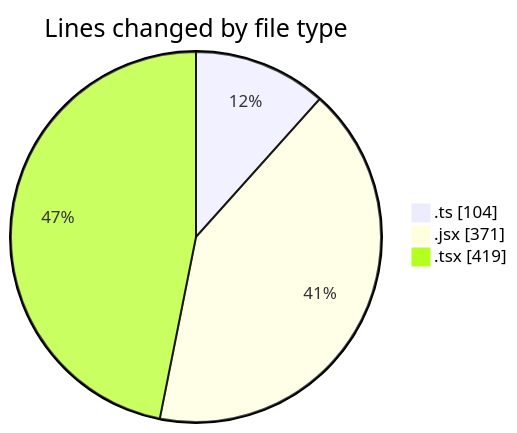
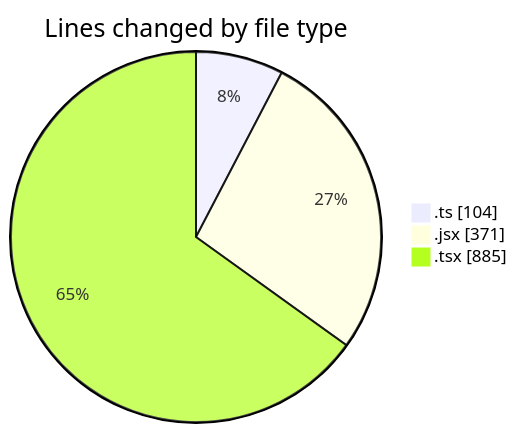
The first of 2 diagrams in 2025-02-08/termonied-web/README.md (robertbonfada/code-tracking), drawn with Mermaid before and after one commit. The commit also changed other lines of this file and 1 other file, not shown here.

````diff
--- a/2025-02-08/termonied-web/README.md
+++ b/2025-02-08/termonied-web/README.md
@@ -27,7 +28,7 @@
 ```mermaid
 pie showData
 title Lines changed by file type
 ".ts" : 104
 ".jsx" : 371
-".tsx" : 419
+".tsx" : 885
 ```
````
